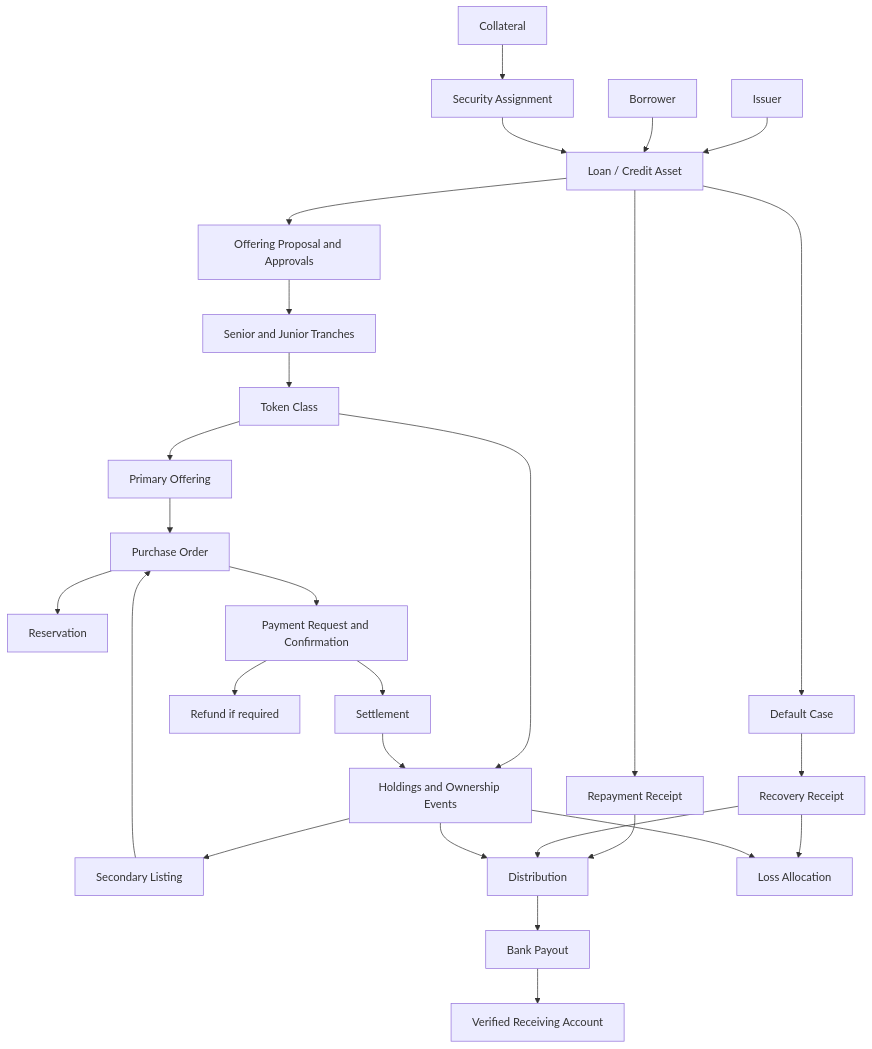
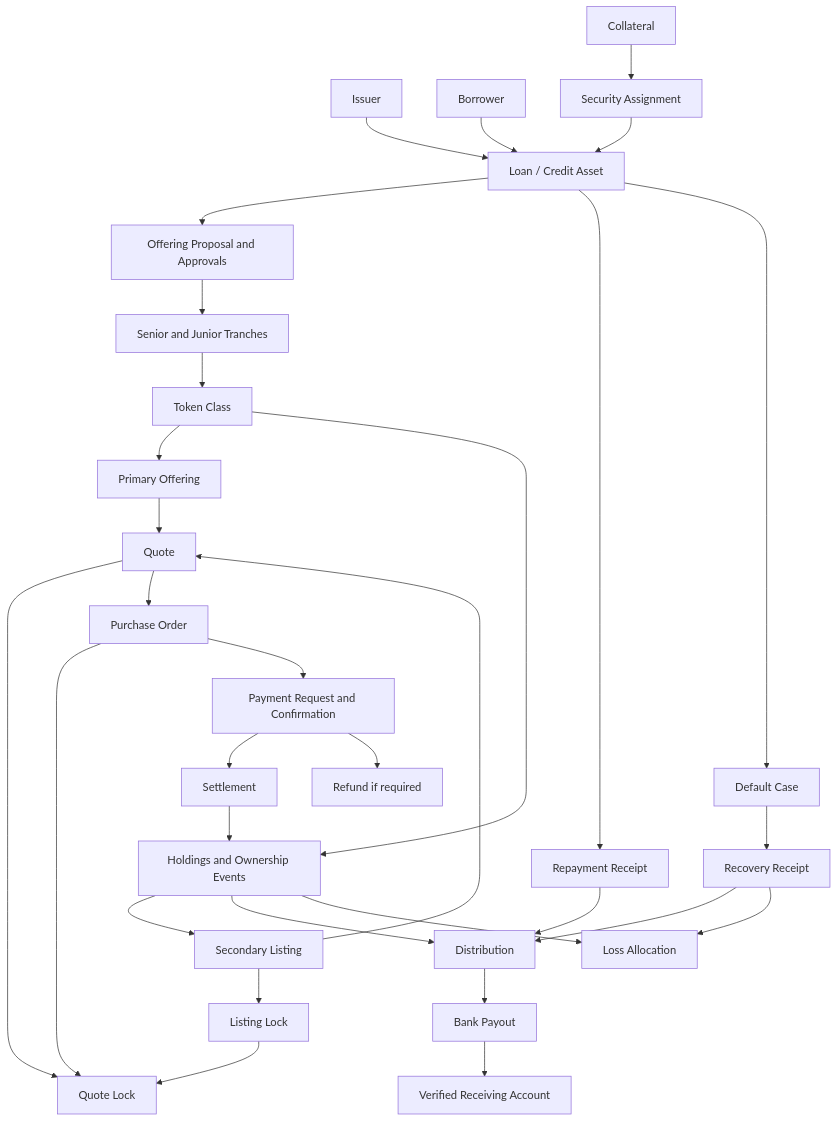
The second of 6 diagrams in docs/BRD.md (PotTy000/CREDIT-FORGE), drawn with Mermaid before and after one commit. The commit also changed other lines of this file, not shown here.

Commit message:
docs: revise BRD for quote-first checkout and quote locks

````diff
--- a/docs/BRD.md
+++ b/docs/BRD.md
@@ -204,30 +206,34 @@
 ```mermaid
 flowchart TD
  I[Issuer] --> L[Loan / Credit Asset]
  B[Borrower] --> L
  C[Collateral] --> A[Security Assignment]
  A --> L
  L --> V[Offering Proposal and Approvals]
  V --> T[Senior and Junior Tranches]
  T --> K[Token Class]
  K --> O[Primary Offering]
  K --> H[Holdings and Ownership Events]
  H --> S[Secondary Listing]
- O --> Q[Purchase Order]
+ S --> LL[Listing Lock]
+ O --> Q[Quote]
  S --> Q
- Q --> R[Reservation]
- Q --> P[Payment Request and Confirmation]
+ Q --> R[Quote Lock]
+ LL --> R
+ Q --> ORD[Purchase Order]
+ ORD --> R
+ ORD --> P[Payment Request and Confirmation]
  P --> X[Settlement]
  X --> H
  P --> F[Refund if required]
  L --> M[Repayment Receipt]
  L --> D[Default Case]
  D --> N[Recovery Receipt]
  M --> W[Distribution]
  N --> W
  N --> Z[Loss Allocation]
  H --> W
  H --> Z
  W --> Y[Bank Payout]
  Y --> E[Verified Receiving Account]
 ```
````
